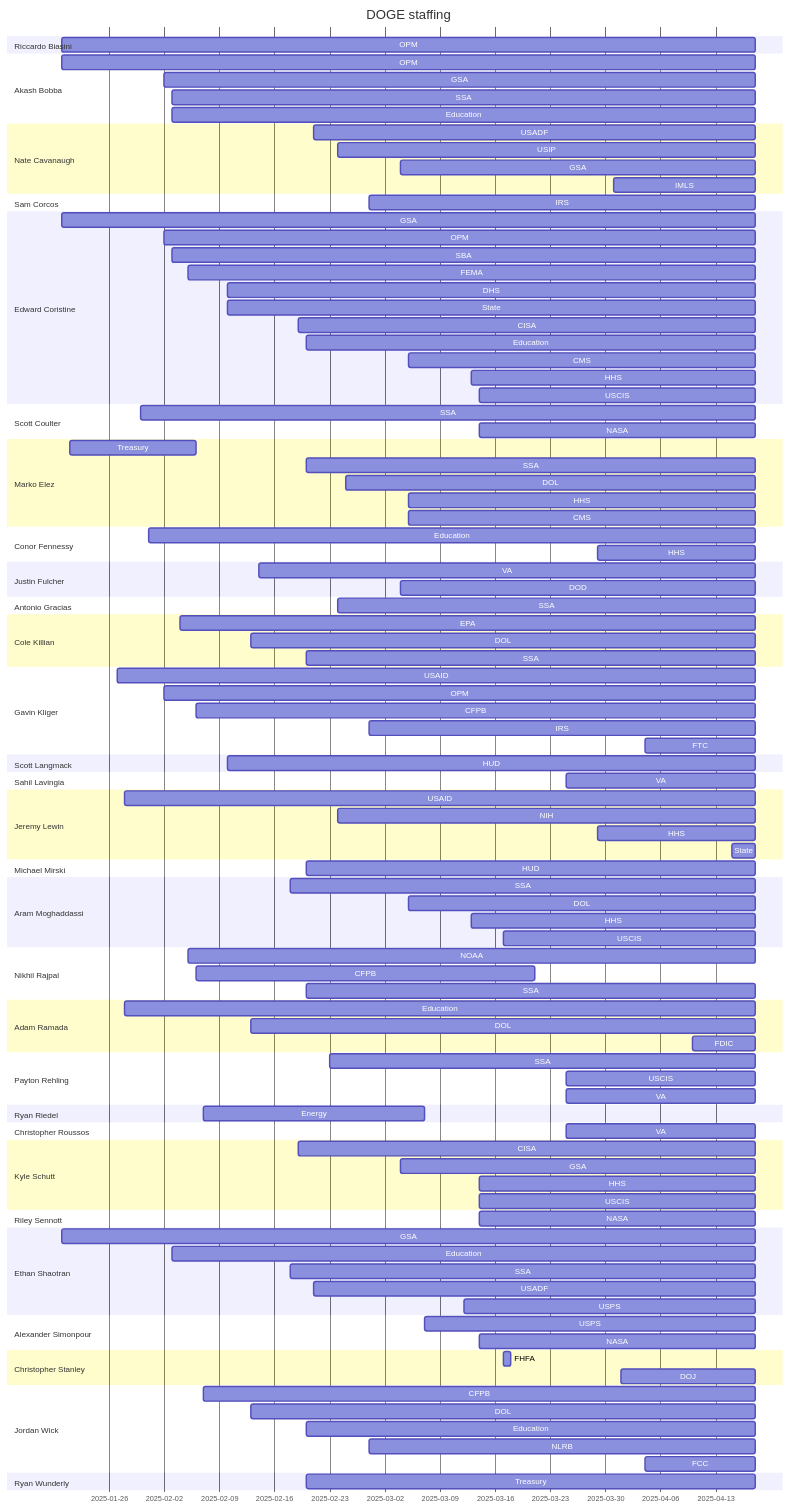
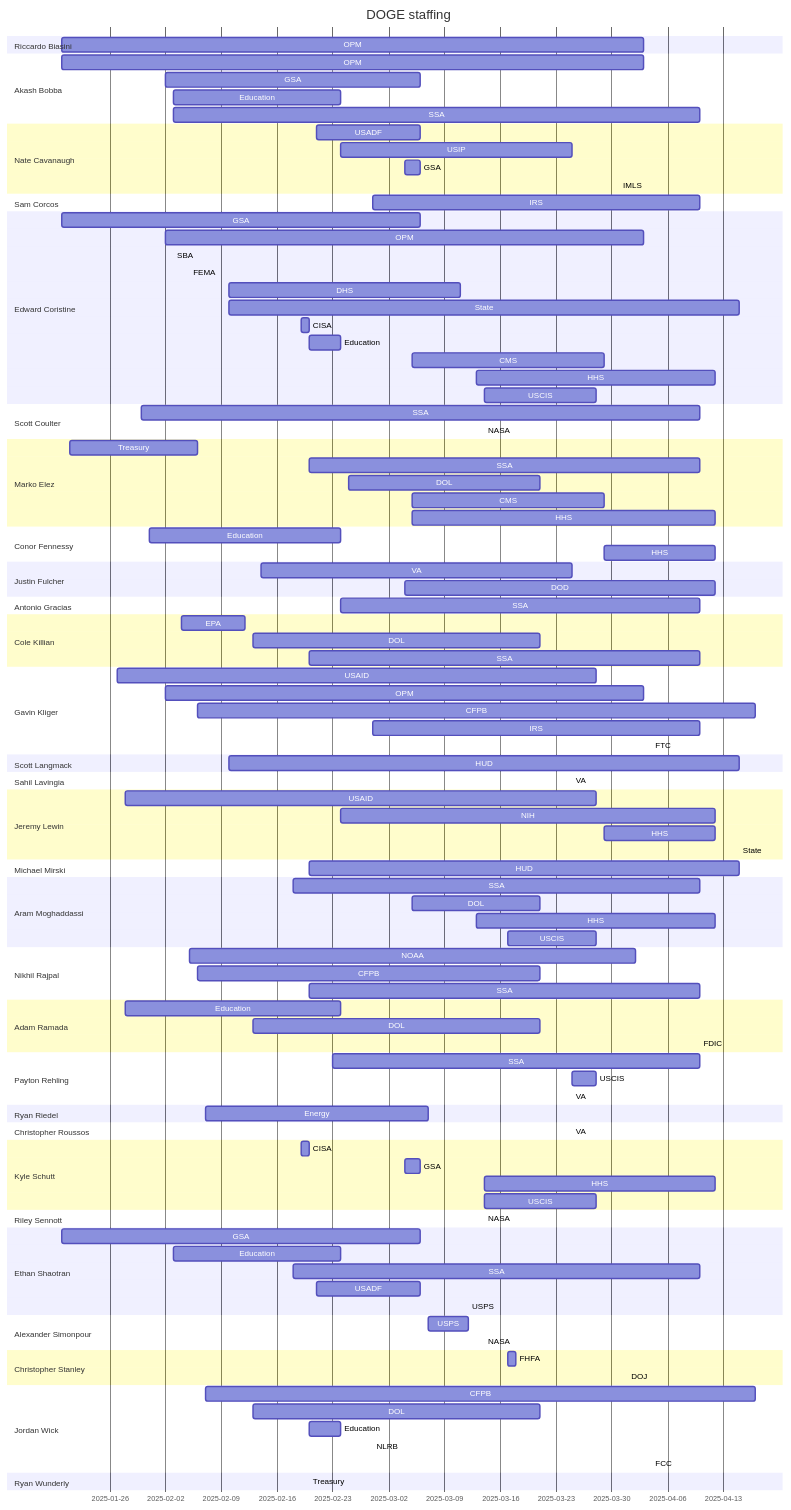
One commit to harrisj/trump_data changed the diagram in it_modernization/staffing_chart.md. Above: the diagram before and after it, drawn with Mermaid. The commit also changed 7 other files, not shown here.

Commit message:
Playing with the Mermaid charts

````diff
--- a/it_modernization/staffing_chart.md
+++ b/it_modernization/staffing_chart.md
@@ -4,115 +4,115 @@
     todayMarker off
     dateFormat YYYY-MM-DD
     section Riccardo Biasini
-        OPM : 2025-01-20, 2025-04-18
+        OPM : 2025-01-20, 2025-04-03
     section Akash Bobba
-        OPM : 2025-01-20, 2025-04-18
-        GSA : 2025-02-02, 2025-04-18
-        SSA : 2025-02-03, 2025-04-18
-        Education : 2025-02-03, 2025-04-18
+        OPM : 2025-01-20, 2025-04-03
+        GSA : 2025-02-02, 2025-03-06
+        Education : 2025-02-03, 2025-02-24
+        SSA : 2025-02-03, 2025-04-10
     section Nate Cavanaugh
-        USADF : 2025-02-21, 2025-04-18
-        USIP : 2025-02-24, 2025-04-18
-        GSA : 2025-03-04, 2025-04-18
-        IMLS : 2025-03-31, 2025-04-18
+        USADF : 2025-02-21, 2025-03-06
+        USIP : 2025-02-24, 2025-03-25
+        GSA : 2025-03-04, 2025-03-06
+        IMLS : 2025-03-31, 2025-03-31
     section Sam Corcos
-        IRS : 2025-02-28, 2025-04-18
+        IRS : 2025-02-28, 2025-04-10
     section Edward Coristine
-        GSA : 2025-01-20, 2025-04-18
-        OPM : 2025-02-02, 2025-04-18
-        SBA : 2025-02-03, 2025-04-18
-        FEMA : 2025-02-05, 2025-04-18
-        DHS : 2025-02-10, 2025-04-18
-        State : 2025-02-10, 2025-04-18
-        CISA : 2025-02-19, 2025-04-18
-        Education : 2025-02-20, 2025-04-18
-        CMS : 2025-03-05, 2025-04-18
-        HHS : 2025-03-13, 2025-04-18
-        USCIS : 2025-03-14, 2025-04-18
+        GSA : 2025-01-20, 2025-03-06
+        OPM : 2025-02-02, 2025-04-03
+        SBA : 2025-02-03, 2025-02-03
+        FEMA : 2025-02-05, 2025-02-05
+        DHS : 2025-02-10, 2025-03-11
+        State : 2025-02-10, 2025-04-15
+        CISA : 2025-02-19, 2025-02-20
+        Education : 2025-02-20, 2025-02-24
+        CMS : 2025-03-05, 2025-03-29
+        HHS : 2025-03-13, 2025-04-12
+        USCIS : 2025-03-14, 2025-03-28
     section Scott Coulter
-        SSA : 2025-01-30, 2025-04-18
-        NASA : 2025-03-14, 2025-04-18
+        SSA : 2025-01-30, 2025-04-10
+        NASA : 2025-03-14, 2025-03-14
     section Marko Elez
         Treasury : 2025-01-21, 2025-02-06
-        SSA : 2025-02-20, 2025-04-18
-        DOL : 2025-02-25, 2025-04-18
-        HHS : 2025-03-05, 2025-04-18
-        CMS : 2025-03-05, 2025-04-18
+        SSA : 2025-02-20, 2025-04-10
+        DOL : 2025-02-25, 2025-03-21
+        CMS : 2025-03-05, 2025-03-29
+        HHS : 2025-03-05, 2025-04-12
     section Conor Fennessy
-        Education : 2025-01-31, 2025-04-18
-        HHS : 2025-03-29, 2025-04-18
+        Education : 2025-01-31, 2025-02-24
+        HHS : 2025-03-29, 2025-04-12
     section Justin Fulcher
-        VA : 2025-02-14, 2025-04-18
-        DOD : 2025-03-04, 2025-04-18
+        VA : 2025-02-14, 2025-03-25
+        DOD : 2025-03-04, 2025-04-12
     section Antonio Gracias
-        SSA : 2025-02-24, 2025-04-18
+        SSA : 2025-02-24, 2025-04-10
     section Cole Killian
-        EPA : 2025-02-04, 2025-04-18
-        DOL : 2025-02-13, 2025-04-18
-        SSA : 2025-02-20, 2025-04-18
+        EPA : 2025-02-04, 2025-02-12
+        DOL : 2025-02-13, 2025-03-21
+        SSA : 2025-02-20, 2025-04-10
     section Gavin Kliger
-        USAID : 2025-01-27, 2025-04-18
-        OPM : 2025-02-02, 2025-04-18
-        CFPB : 2025-02-06, 2025-04-18
-        IRS : 2025-02-28, 2025-04-18
-        FTC : 2025-04-04, 2025-04-18
+        USAID : 2025-01-27, 2025-03-28
+        OPM : 2025-02-02, 2025-04-03
+        CFPB : 2025-02-06, 2025-04-17
+        IRS : 2025-02-28, 2025-04-10
+        FTC : 2025-04-04, 2025-04-04
     section Scott Langmack
-        HUD : 2025-02-10, 2025-04-18
+        HUD : 2025-02-10, 2025-04-15
     section Sahil Lavingia
-        VA : 2025-03-25, 2025-04-18
+        VA : 2025-03-25, 2025-03-25
     section Jeremy Lewin
-        USAID : 2025-01-28, 2025-04-18
-        NIH : 2025-02-24, 2025-04-18
-        HHS : 2025-03-29, 2025-04-18
-        State : 2025-04-15, 2025-04-18
+        USAID : 2025-01-28, 2025-03-28
+        NIH : 2025-02-24, 2025-04-12
+        HHS : 2025-03-29, 2025-04-12
+        State : 2025-04-15, 2025-04-15
     section Michael Mirski
-        HUD : 2025-02-20, 2025-04-18
+        HUD : 2025-02-20, 2025-04-15
     section Aram Moghaddassi
-        SSA : 2025-02-18, 2025-04-18
-        DOL : 2025-03-05, 2025-04-18
-        HHS : 2025-03-13, 2025-04-18
-        USCIS : 2025-03-17, 2025-04-18
+        SSA : 2025-02-18, 2025-04-10
+        DOL : 2025-03-05, 2025-03-21
+        HHS : 2025-03-13, 2025-04-12
+        USCIS : 2025-03-17, 2025-03-28
     section Nikhil Rajpal
-        NOAA : 2025-02-05, 2025-04-18
+        NOAA : 2025-02-05, 2025-04-02
         CFPB : 2025-02-06, 2025-03-21
-        SSA : 2025-02-20, 2025-04-18
+        SSA : 2025-02-20, 2025-04-10
     section Adam Ramada
-        Education : 2025-01-28, 2025-04-18
-        DOL : 2025-02-13, 2025-04-18
-        FDIC : 2025-04-10, 2025-04-18
+        Education : 2025-01-28, 2025-02-24
+        DOL : 2025-02-13, 2025-03-21
+        FDIC : 2025-04-10, 2025-04-10
     section Payton Rehling
-        SSA : 2025-02-23, 2025-04-18
-        USCIS : 2025-03-25, 2025-04-18
-        VA : 2025-03-25, 2025-04-18
+        SSA : 2025-02-23, 2025-04-10
+        USCIS : 2025-03-25, 2025-03-28
+        VA : 2025-03-25, 2025-03-25
     section Ryan Riedel
         Energy : 2025-02-07, 2025-03-07
     section Christopher Roussos
-        VA : 2025-03-25, 2025-04-18
+        VA : 2025-03-25, 2025-03-25
     section Kyle Schutt
-        CISA : 2025-02-19, 2025-04-18
-        GSA : 2025-03-04, 2025-04-18
-        HHS : 2025-03-14, 2025-04-18
-        USCIS : 2025-03-14, 2025-04-18
+        CISA : 2025-02-19, 2025-02-20
+        GSA : 2025-03-04, 2025-03-06
+        HHS : 2025-03-14, 2025-04-12
+        USCIS : 2025-03-14, 2025-03-28
     section Riley Sennott
-        NASA : 2025-03-14, 2025-04-18
+        NASA : 2025-03-14, 2025-03-14
     section Ethan Shaotran
-        GSA : 2025-01-20, 2025-04-18
-        Education : 2025-02-03, 2025-04-18
-        SSA : 2025-02-18, 2025-04-18
-        USADF : 2025-02-21, 2025-04-18
-        USPS : 2025-03-12, 2025-04-18
+        GSA : 2025-01-20, 2025-03-06
+        Education : 2025-02-03, 2025-02-24
+        SSA : 2025-02-18, 2025-04-10
+        USADF : 2025-02-21, 2025-03-06
+        USPS : 2025-03-12, 2025-03-12
     section Alexander Simonpour
-        USPS : 2025-03-07, 2025-04-18
-        NASA : 2025-03-14, 2025-04-18
+        USPS : 2025-03-07, 2025-03-12
+        NASA : 2025-03-14, 2025-03-14
     section Christopher Stanley
         FHFA : 2025-03-17, 2025-03-18
-        DOJ : 2025-04-01, 2025-04-18
+        DOJ : 2025-04-01, 2025-04-01
     section Jordan Wick
-        CFPB : 2025-02-07, 2025-04-18
-        DOL : 2025-02-13, 2025-04-18
-        Education : 2025-02-20, 2025-04-18
-        NLRB : 2025-02-28, 2025-04-18
-        FCC : 2025-04-04, 2025-04-18
+        CFPB : 2025-02-07, 2025-04-17
+        DOL : 2025-02-13, 2025-03-21
+        Education : 2025-02-20, 2025-02-24
+        NLRB : 2025-02-28, 2025-02-28
+        FCC : 2025-04-04, 2025-04-04
     section Ryan Wunderly
-        Treasury : 2025-02-20, 2025-04-18
+        Treasury : 2025-02-20, 2025-02-20
 ```
````
